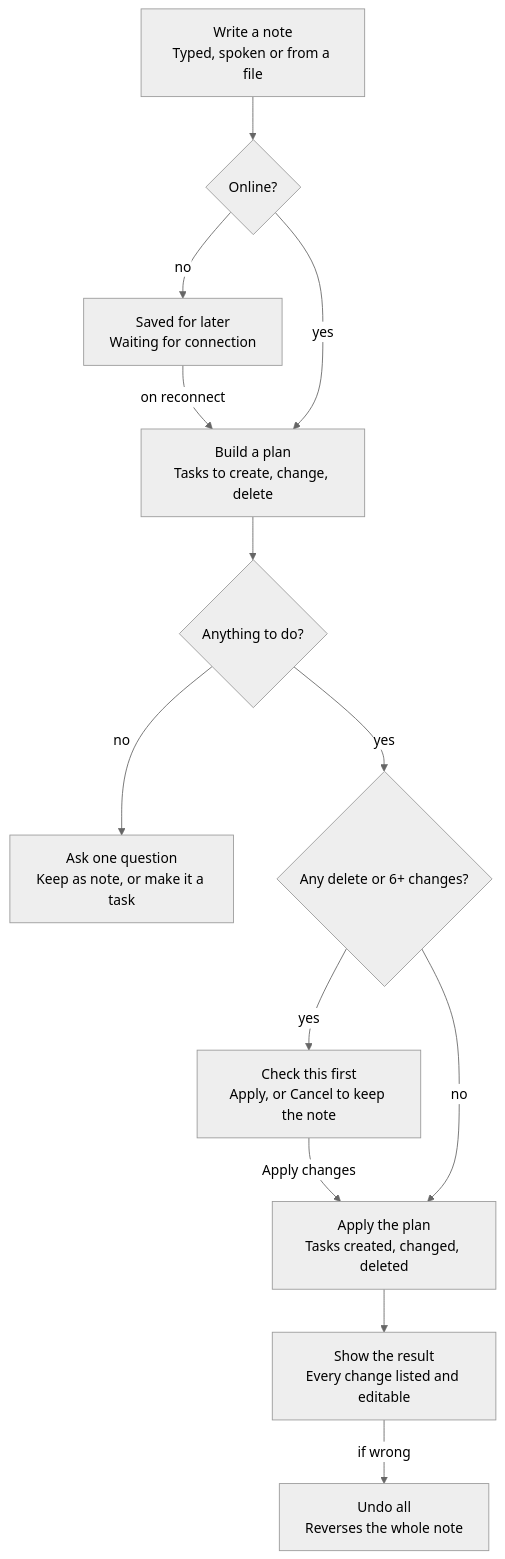
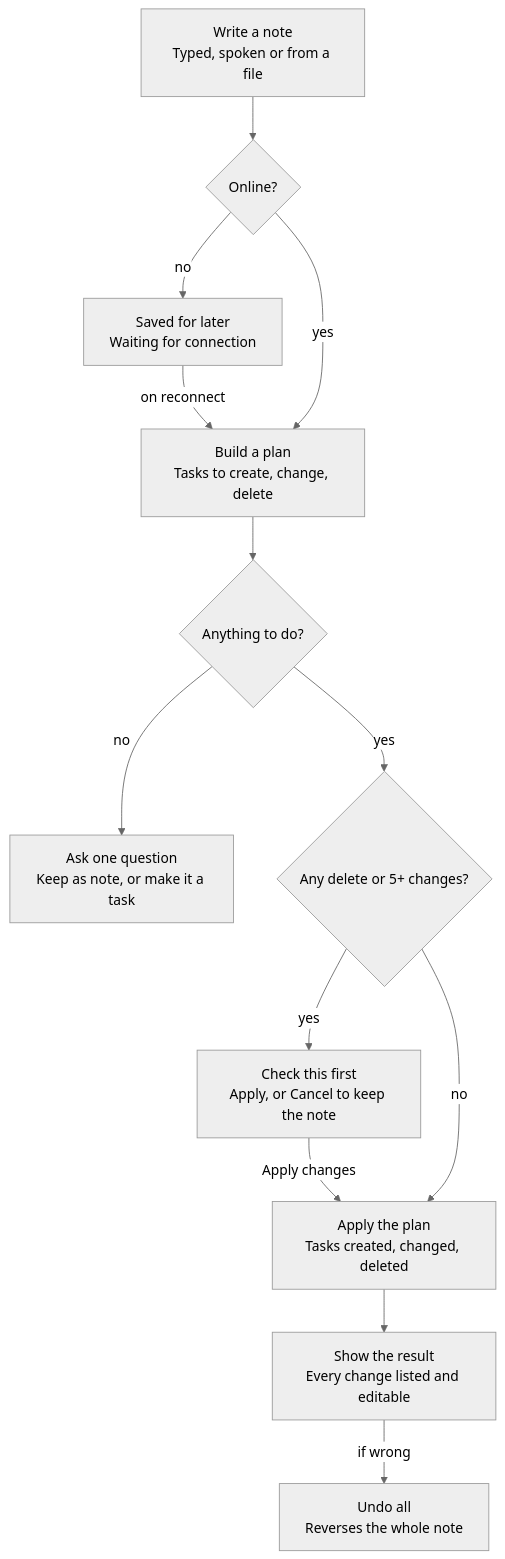
The second of 3 diagrams in docs/02-domain/domain.md (02bbits/Agendal), drawn with Mermaid (neutral theme) before and after one commit. The commit also changed other lines of this file and 12 other files, not shown here.

````diff
--- a/docs/02-domain/domain.md
+++ b/docs/02-domain/domain.md
@@ -124,15 +124,15 @@
 ```mermaid
 flowchart TD
   A["Write a note<br/>Typed, spoken or from a file"] --> B{Online?}
   B -- no --> S["Saved for later<br/>Waiting for connection"]
   S -- on reconnect --> P
   B -- yes --> P["Build a plan<br/>Tasks to create, change, delete"]
   P --> C{Anything to do?}
   C -- no --> Q["Ask one question<br/>Keep as note, or make it a task"]
-  C -- yes --> R{"Any delete or 6+ changes?"}
+  C -- yes --> R{"Any delete or 5+ changes?"}
   R -- yes --> K["Check this first<br/>Apply, or Cancel to keep the note"]
   K -- Apply changes --> AP
   R -- no --> AP["Apply the plan<br/>Tasks created, changed, deleted"]
   AP --> RES["Show the result<br/>Every change listed and editable"]
   RES -- if wrong --> U["Undo all<br/>Reverses the whole note"]
 ```
````
